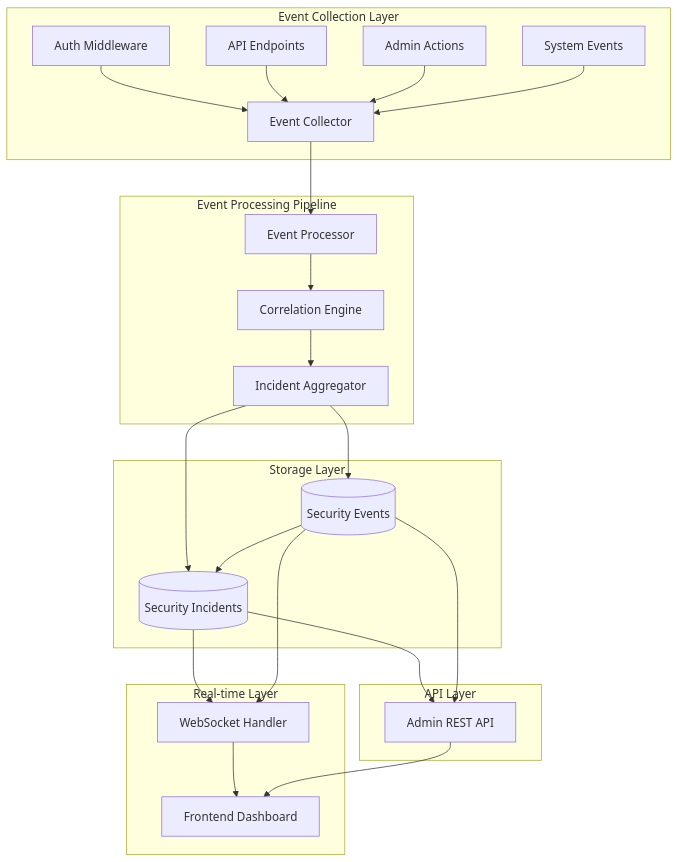
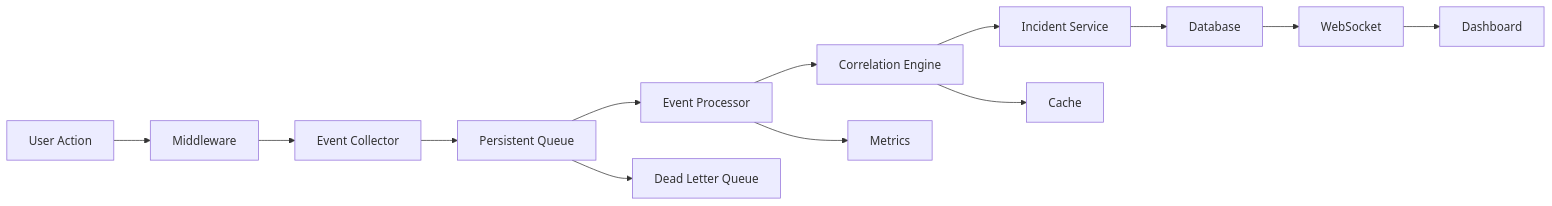
Before and after one commit to danbiocchi/OxidizedOasis-WebSands: the diagram in docs/Sec_Plan_Opus_Final.md, drawn with Mermaid. The commit also changed other lines of this file and 5 other files, not shown here.

````diff
--- a/docs/Sec_Plan_Opus_Final.md
+++ b/docs/Sec_Plan_Opus_Final.md
@@ -72,33 +171,16 @@
 ```mermaid
-graph TB
-    subgraph "Event Collection Layer"
-        A[Auth Middleware] --> EC[Event Collector]
-        B[API Endpoints] --> EC
-        C[Admin Actions] --> EC
-        D[System Events] --> EC
-    end
+graph LR
+    A[User Action] --> B[Middleware]
+    B --> C[Event Collector]
+    C --> D[Persistent Queue]
+    D --> E[Event Processor]
+    E --> F[Correlation Engine]
+    F --> G[Incident Service]
+    G --> H[Database]
+    H --> I[WebSocket]
+    I --> J[Dashboard]
     
-    subgraph "Event Processing Pipeline"
-        EC --> EP[Event Processor]
-        EP --> CE[Correlation Engine]
-        CE --> IA[Incident Aggregator]
-    end
-    
-    subgraph "Storage Layer"
-        IA --> SE[(Security Events)]
-        IA --> SI[(Security Incidents)]
-        SE --> SI
-    end
-    
-    subgraph "Real-time Layer"
-        SI --> WS[WebSocket Handler]
-        SE --> WS
-        WS --> FE[Frontend Dashboard]
-    end
-    
-    subgraph "API Layer"
-        SI --> API[Admin REST API]
-        SE --> API
-        API --> FE
-    end
+    D --> K[Dead Letter Queue]
+    E --> L[Metrics]
+    F --> M[Cache]
 ```
````
